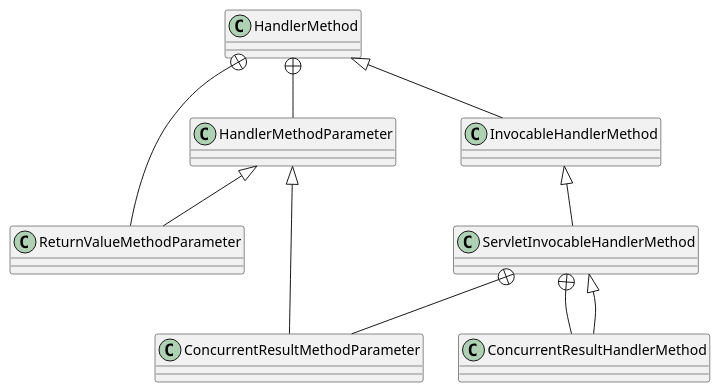
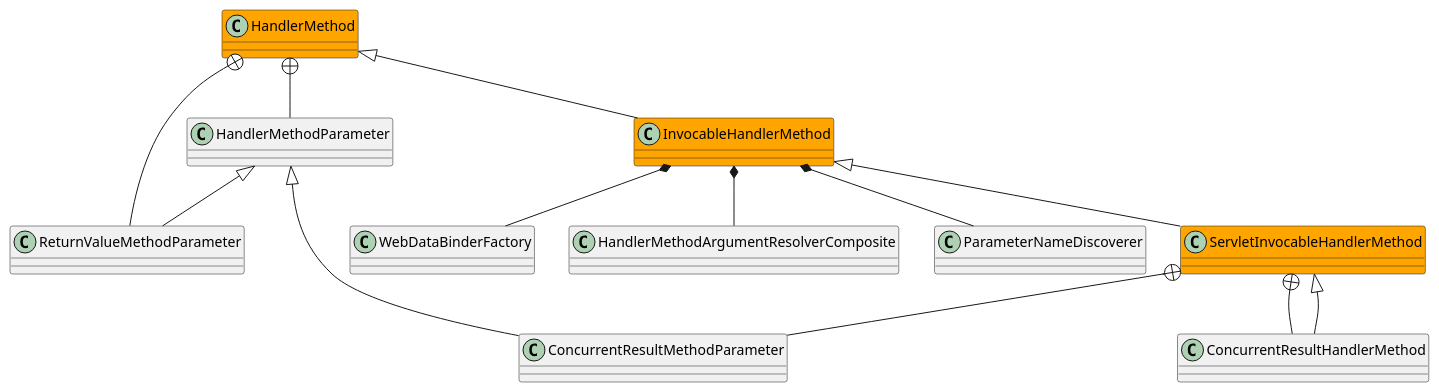
The diagram in docs/20-framework/src/spring/spring-web/web/method/support/InvocableHandlerMethod.md (onlyonion/development), drawn with PlantUML before and after one commit. The commit also changed 38 other files, not shown here.

````diff
--- a/docs/20-framework/src/spring/spring-web/web/method/support/InvocableHandlerMethod.md
+++ b/docs/20-framework/src/spring/spring-web/web/method/support/InvocableHandlerMethod.md
@@ -11,26 +11,29 @@
 ```plantuml
 @startuml
 
 ''''''''''''''''''''''''HandlerMethod''''''''''''''''''''''''
-class HandlerMethod
+class HandlerMethod #orange
 HandlerMethod +-- HandlerMethodParameter
 HandlerMethod +-- ReturnValueMethodParameter
 HandlerMethodParameter ^-- ReturnValueMethodParameter
 
 ''''''''''''''''''''''''InvocableHandlerMethod''''''''''''''''''''''''
 HandlerMethod ^-- InvocableHandlerMethod
-class InvocableHandlerMethod
+class InvocableHandlerMethod #orange
+InvocableHandlerMethod *-- WebDataBinderFactory
+InvocableHandlerMethod *-- HandlerMethodArgumentResolverComposite
+InvocableHandlerMethod *-- ParameterNameDiscoverer
 
 ''''''''''''''''''''''''ServletInvocableHandlerMethod''''''''''''''''''''''''
 InvocableHandlerMethod ^-- ServletInvocableHandlerMethod
-class ServletInvocableHandlerMethod
+class ServletInvocableHandlerMethod #orange
 
 HandlerMethodParameter ^-- ConcurrentResultMethodParameter 
 ServletInvocableHandlerMethod +-- ConcurrentResultHandlerMethod
 ServletInvocableHandlerMethod +-- ConcurrentResultMethodParameter
 
 ServletInvocableHandlerMethod ^-- ConcurrentResultHandlerMethod
 
 
 @enduml
 ```
````
